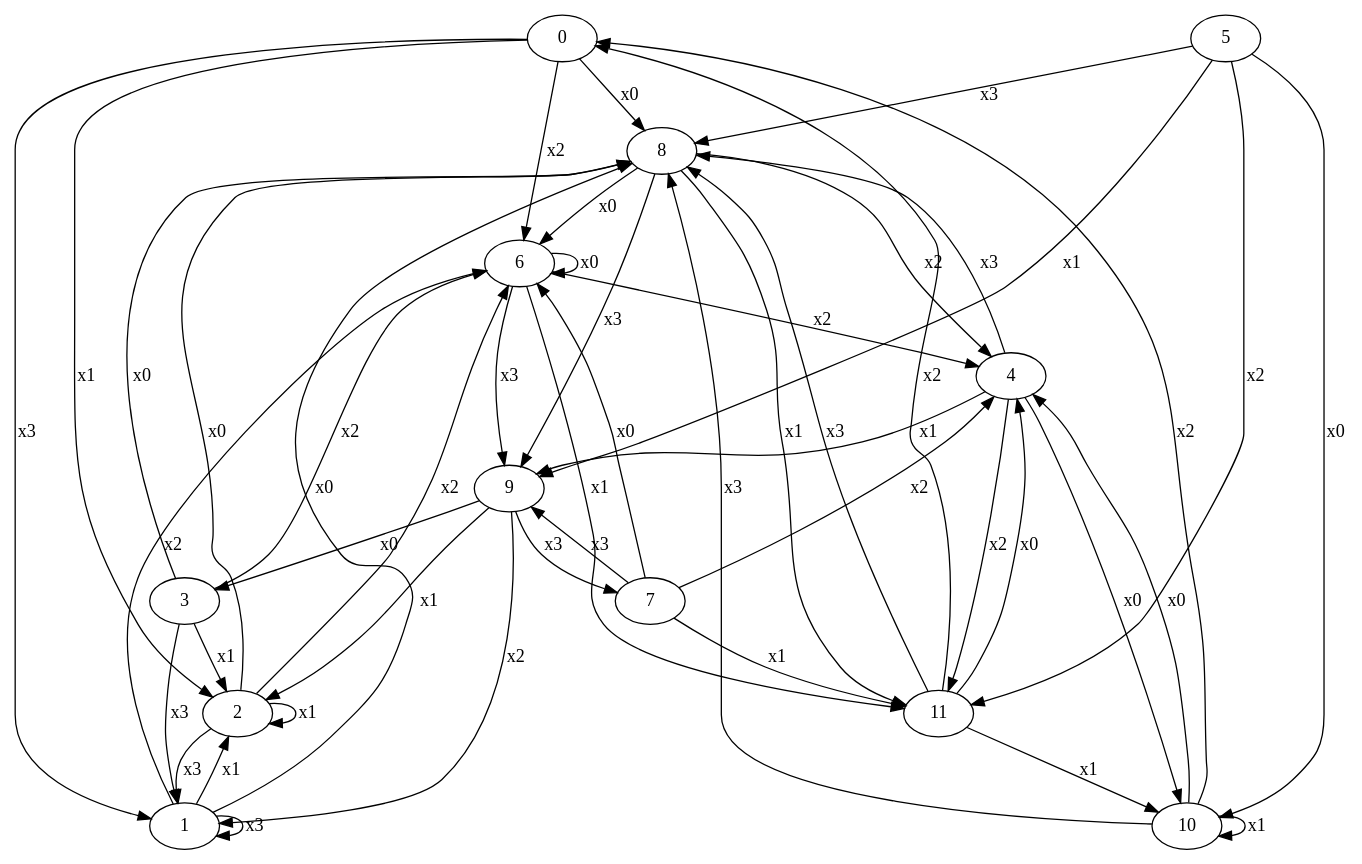
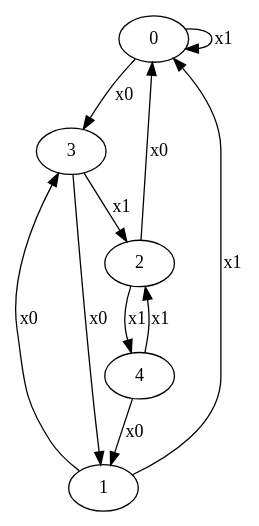
The diagram in transfer/graph.dot (waslost0/tafl), drawn with Graphviz before and after one commit. The commit also changed 5 other files, not shown here.

```diff
--- a/transfer/graph.dot
+++ b/transfer/graph.dot
@@ -1,50 +1,12 @@
 digraph {
-	0 -> 8[label=x0];
-	0 -> 2[label=x1];
-	0 -> 6[label=x2];
-	0 -> 1[label=x3];
-	1 -> 8[label=x0];
-	1 -> 2[label=x1];
-	1 -> 6[label=x2];
-	1 -> 1[label=x3];
-	2 -> 8[label=x0];
-	2 -> 2[label=x1];
-	2 -> 6[label=x2];
-	2 -> 1[label=x3];
-	3 -> 8[label=x0];
+	0 -> 3[label=x0];
+	0 -> 0[label=x1];
+	1 -> 3[label=x0];
+	1 -> 0[label=x1];
+	2 -> 0[label=x0];
+	2 -> 4[label=x1];
+	3 -> 1[label=x0];
 	3 -> 2[label=x1];
-	3 -> 6[label=x2];
-	3 -> 1[label=x3];
-	4 -> 10[label=x0];
-	4 -> 9[label=x1];
-	4 -> 11[label=x2];
-	4 -> 8[label=x3];
-	5 -> 10[label=x0];
-	5 -> 9[label=x1];
-	5 -> 11[label=x2];
-	5 -> 8[label=x3];
-	6 -> 6[label=x0];
-	6 -> 11[label=x1];
-	6 -> 4[label=x2];
-	6 -> 9[label=x3];
-	7 -> 6[label=x0];
-	7 -> 11[label=x1];
-	7 -> 4[label=x2];
-	7 -> 9[label=x3];
-	8 -> 6[label=x0];
-	8 -> 11[label=x1];
-	8 -> 4[label=x2];
-	8 -> 9[label=x3];
-	9 -> 3[label=x0];
-	9 -> 2[label=x1];
-	9 -> 1[label=x2];
-	9 -> 7[label=x3];
-	10 -> 4[label=x0];
-	10 -> 10[label=x1];
-	10 -> 0[label=x2];
-	10 -> 8[label=x3];
-	11 -> 4[label=x0];
-	11 -> 10[label=x1];
-	11 -> 0[label=x2];
-	11 -> 8[label=x3];
+	4 -> 1[label=x0];
+	4 -> 2[label=x1];
 }
```
